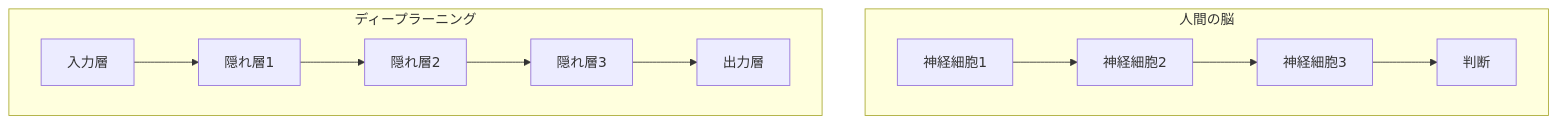
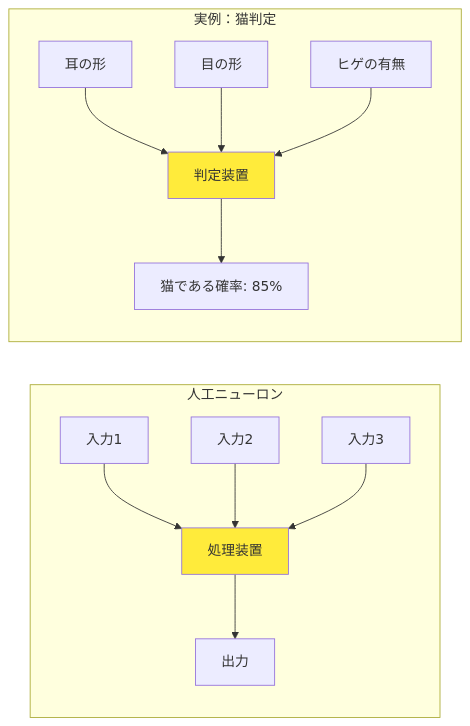
The third of 28 diagrams in AI/DeepLearning/README.MD (SparklingDetergent/doc_genai_mental_model), drawn with Mermaid before and after one commit. The commit also changed other lines of this file, not shown here.

````diff
--- a/AI/DeepLearning/README.MD
+++ b/AI/DeepLearning/README.MD
@@ -58,15 +89,19 @@
 ```mermaid
-graph TD
-    subgraph "人間の脳"
-        N1[神経細胞1] --> N2[神経細胞2]
-        N2 --> N3[神経細胞3]
-        N3 --> N4[判断]
+graph LR
+    subgraph "人工ニューロン"
+        Input1[入力1] --> Node[処理装置]
+        Input2[入力2] --> Node
+        Input3[入力3] --> Node
+        Node --> Output[出力]
     end
     
-    subgraph "ディープラーニング"
-        A[入力層] --> B[隠れ層1]
-        B --> C[隠れ層2]
-        C --> D[隠れ層3]
-        D --> E[出力層]
+    subgraph "実例：猫判定"
+        Ear[耳の形] --> Judge[判定装置]
+        Eye[目の形] --> Judge
+        Whisker[ヒゲの有無] --> Judge
+        Judge --> Result[猫である確率: 85%]
     end
+    
+    style Node fill:#ffeb3b
+    style Judge fill:#ffeb3b
 ```
````
